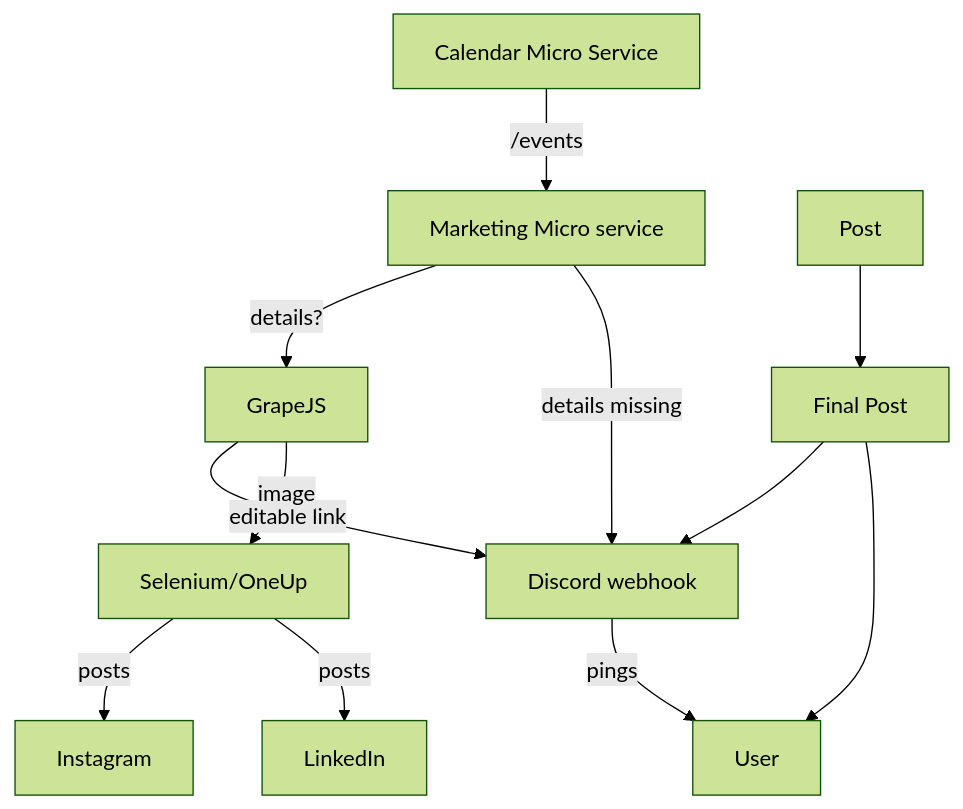
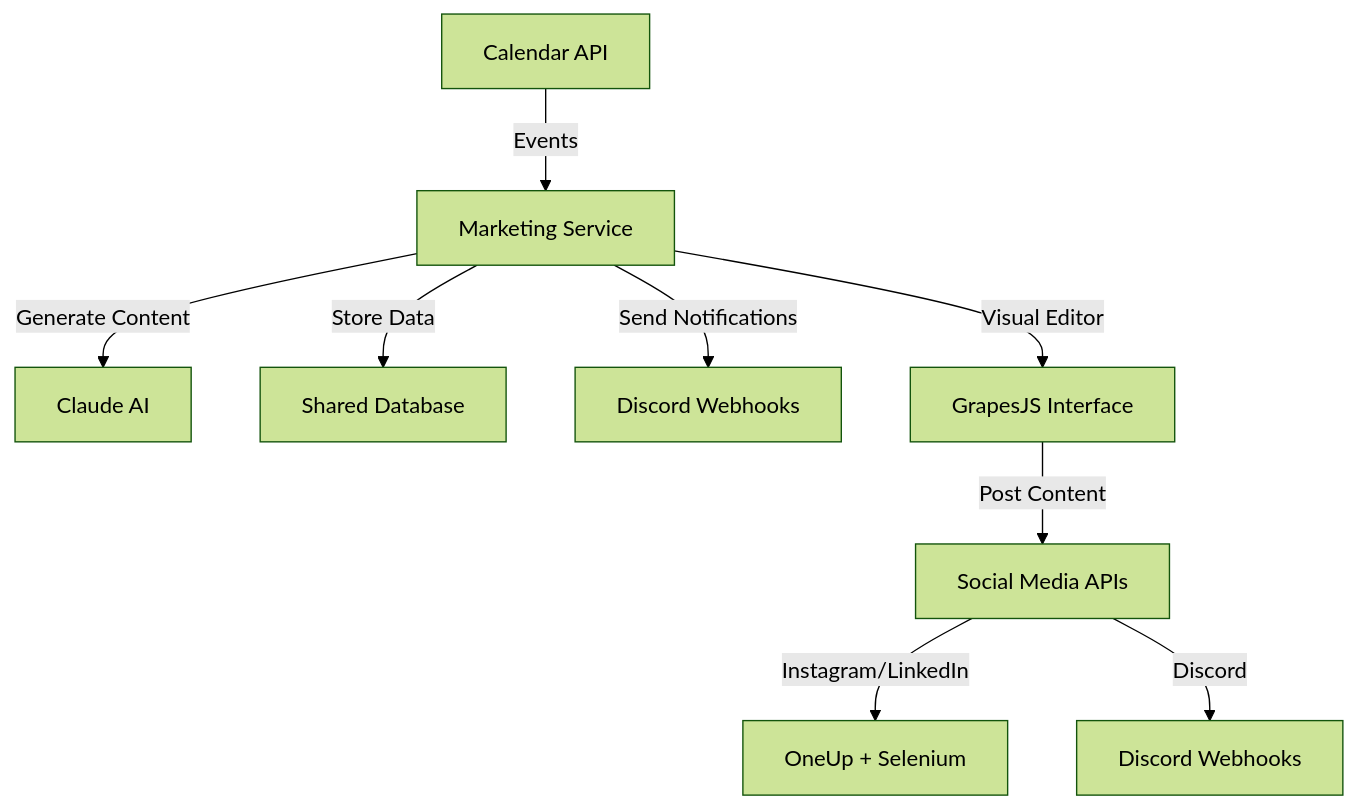
One commit to asusoda/soda-internal-api changed the diagram in modules/marketing/README.md. Above: the diagram before and after it, drawn with Mermaid (forest theme). The commit also changed other lines of this file and 4 other files, not shown here.

````diff
--- a/modules/marketing/README.md
+++ b/modules/marketing/README.md
@@ -67,14 +255,11 @@
 ```mermaid
 graph TD
-      A["Calendar Micro Service"] -->|/events| B["Marketing Micro service"]
-      B -->|details?| C["GrapeJS"]
-      C -->|editable link| D["Discord webhook"]
-      D -->|pings| E["User"]
-      F["Post"] --> G["Final Post"]
-      G --> D
-      G --> E
-      B -->|details missing| D
-      C -->|image| H["Selenium/OneUp"]
-      H -->|posts| I["Instagram"]
-      H -->|posts| J["LinkedIn"]
+    A["Calendar API"] -->|Events| B["Marketing Service"]
+    B -->|Generate Content| C["Claude AI"]
+    B -->|Store Data| D["Shared Database"]
+    B -->|Send Notifications| E["Discord Webhooks"]
+    B -->|Visual Editor| F["GrapesJS Interface"]
+    F -->|Post Content| G["Social Media APIs"]
+    G -->|Instagram/LinkedIn| H["OneUp + Selenium"]
+    G -->|Discord| I["Discord Webhooks"]
 ```
````
